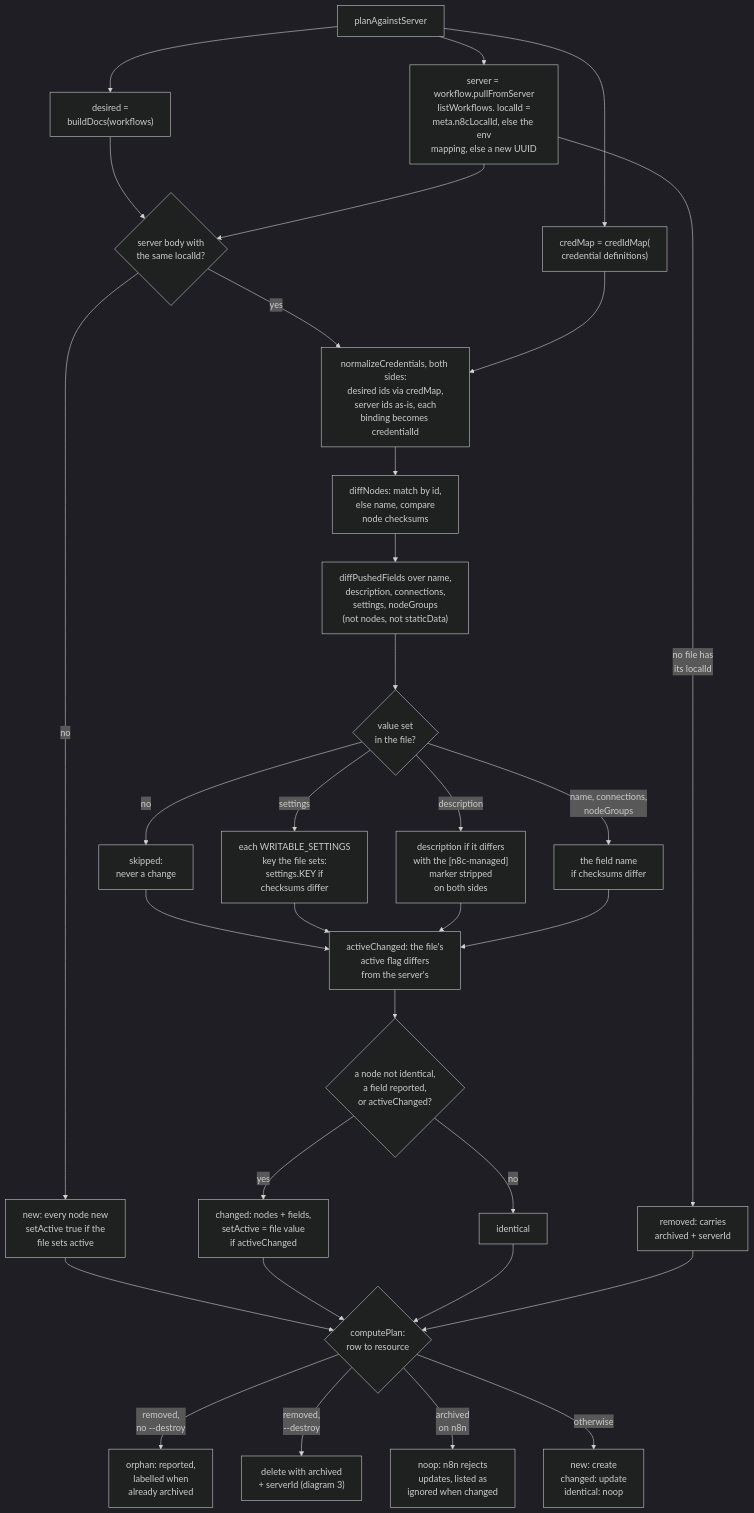
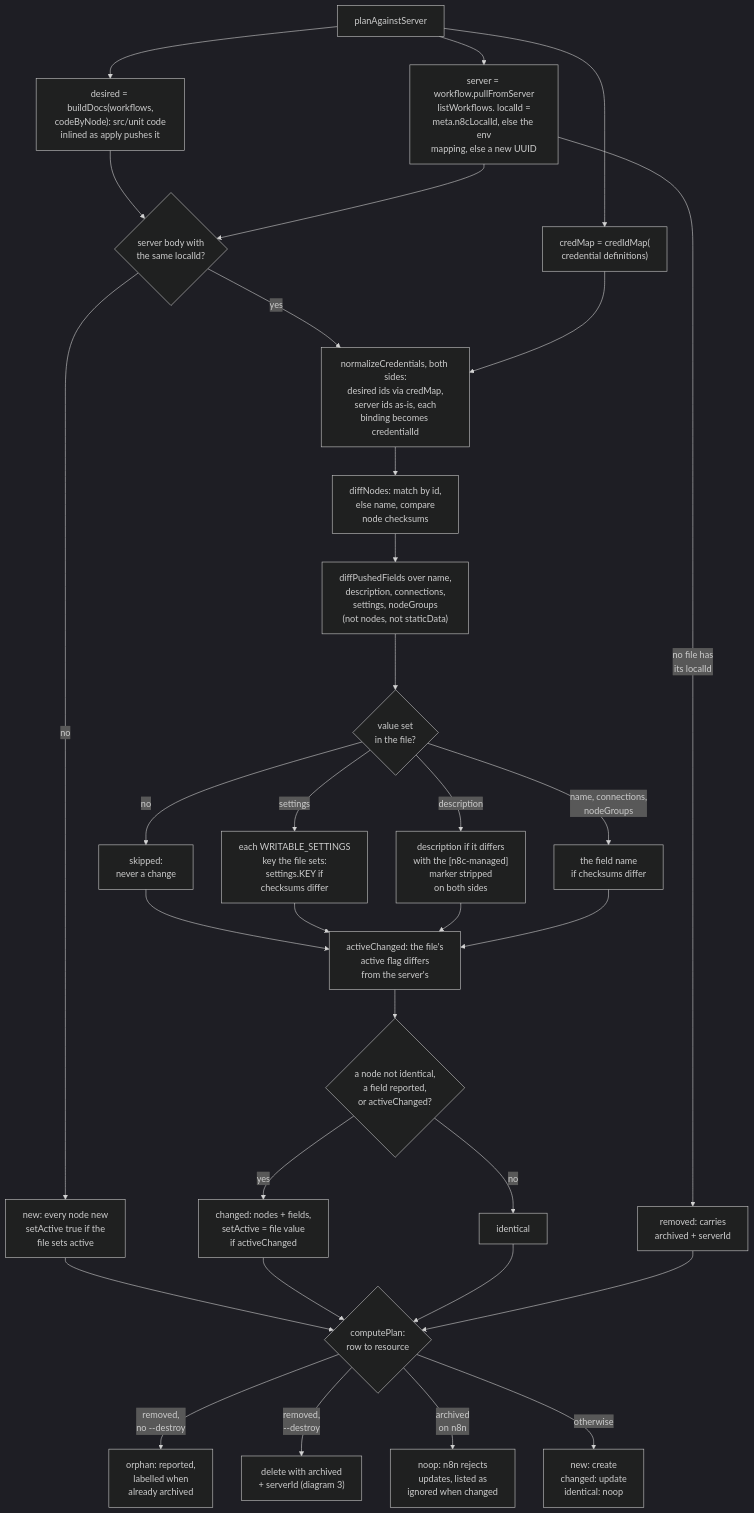
Before and after one commit to nullseal/n8c: the second of 15 diagrams in docs/ARCHITECTURE.md, drawn with Mermaid (dark theme). The commit also changed other lines of this file and 2 other files, not shown here.

Commit message:
docs: diagrams and README reflect the merged plan/apply fixes

````diff
--- a/docs/ARCHITECTURE.md
+++ b/docs/ARCHITECTURE.md
@@ -92,34 +92,34 @@
 ```mermaid
 flowchart TD
-    PAS["planAgainstServer"] --> DES["desired =<br/>buildDocs(workflows)"]
+    PAS["planAgainstServer"] --> DES["desired = buildDocs(workflows,<br/>codeByNode): src/unit code<br/>inlined as apply pushes it"]
     PAS --> SRV["server = workflow.pullFromServer<br/>listWorkflows. localId =<br/>meta.n8cLocalId, else the env<br/>mapping, else a new UUID"]
     PAS --> CM["credMap = credIdMap(<br/>credential definitions)"]
     DES --> HAS{"server body with<br/>the same localId?"}
     SRV --> HAS
     SRV -->|"no file has<br/>its localId"| REM["removed: carries<br/>archived + serverId"]
     HAS -->|"no"| NEW["new: every node new<br/>setActive true if the<br/>file sets active"]
     HAS -->|"yes"| NORM["normalizeCredentials, both sides:<br/>desired ids via credMap,<br/>server ids as-is, each<br/>binding becomes credentialId"]
     CM --> NORM
     NORM --> DN["diffNodes: match by id,<br/>else name, compare<br/>node checksums"]
     DN --> DPF["diffPushedFields over name,<br/>description, connections,<br/>settings, nodeGroups<br/>(not nodes, not staticData)"]
     DPF --> UND{"value set<br/>in the file?"}
     UND -->|"no"| SKIP["skipped:<br/>never a change"]
     UND -->|"settings"| SET["each WRITABLE_SETTINGS<br/>key the file sets:<br/>settings.KEY if<br/>checksums differ"]
     UND -->|"description"| DESC["description if it differs<br/>with the [n8c-managed]<br/>marker stripped<br/>on both sides"]
     UND -->|"name, connections,<br/>nodeGroups"| OTH["the field name<br/>if checksums differ"]
     SKIP --> ACT
     SET --> ACT
     DESC --> ACT
     OTH --> ACT
     ACT["activeChanged: the file's<br/>active flag differs<br/>from the server's"] --> DEC{"a node not identical,<br/>a field reported,<br/>or activeChanged?"}
     DEC -->|"yes"| CHG["changed: nodes + fields,<br/>setActive = file value<br/>if activeChanged"]
     DEC -->|"no"| IDN["identical"]
     NEW --> ROW{"computePlan:<br/>row to resource"}
     CHG --> ROW
     IDN --> ROW
     REM --> ROW
     ROW -->|"removed,<br/>no --destroy"| ORPH["orphan: reported,<br/>labelled when<br/>already archived"]
     ROW -->|"removed,<br/>--destroy"| DEL["delete with archived<br/>+ serverId (diagram 3)"]
     ROW -->|"archived<br/>on n8n"| IGN["noop: n8n rejects<br/>updates, listed as<br/>ignored when changed"]
     ROW -->|"otherwise"| ACTN["new: create<br/>changed: update<br/>identical: noop"]
 ```
````
